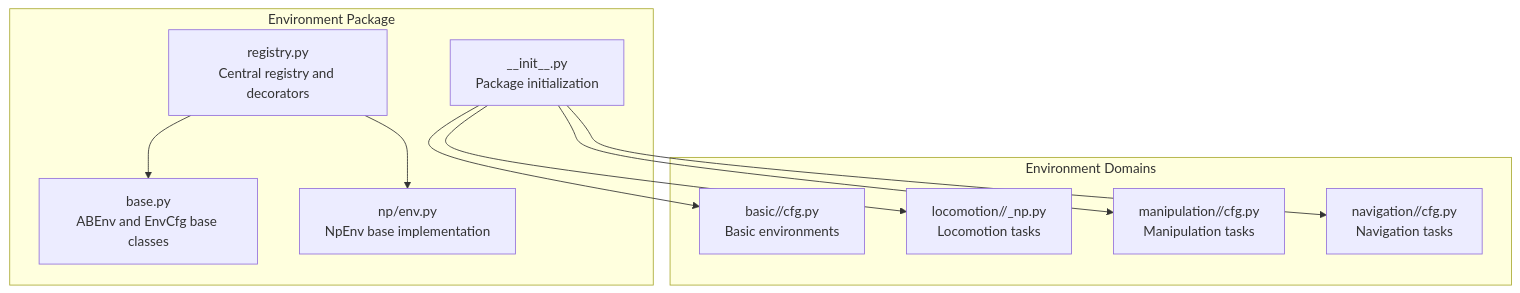
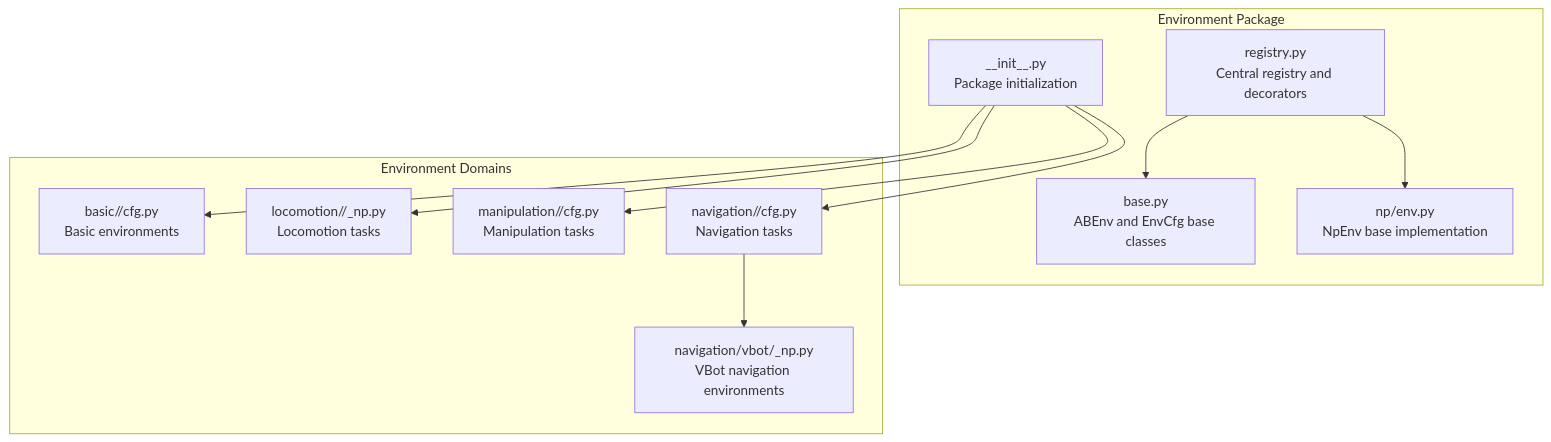
One commit to jayjayhust/MotrixLab changed the first of 5 diagrams in .qoder/repowiki/en/content/Environment System/Registry System.md. Above: the diagram before and after it, drawn with Mermaid. The commit also changed other lines of this file and 15 other files, not shown here.

````diff
--- a/.qoder/repowiki/en/content/Environment System/Registry System.md
+++ b/.qoder/repowiki/en/content/Environment System/Registry System.md
@@ -33,21 +44,23 @@
 ```mermaid
 graph TB
 subgraph "Environment Package"
 REG["registry.py<br/>Central registry and decorators"]
 BASE["base.py<br/>ABEnv and EnvCfg base classes"]
 NPE["np/env.py<br/>NpEnv base implementation"]
 INIT["__init__.py<br/>Package initialization"]
 end
 subgraph "Environment Domains"
 BASIC["basic/<env>/cfg.py<br/>Basic environments"]
 LOCO["locomotion/<robot>/<task>_np.py<br/>Locomotion tasks"]
 MANIP["manipulation/<task>/cfg.py<br/>Manipulation tasks"]
 NAV["navigation/<robot>/cfg.py<br/>Navigation tasks"]
+VBOT["navigation/vbot/<env>_np.py<br/>VBot navigation environments"]
 end
 REG --> BASE
 REG --> NPE
 INIT --> BASIC
 INIT --> LOCO
 INIT --> MANIP
 INIT --> NAV
+NAV --> VBOT
 ```
````
